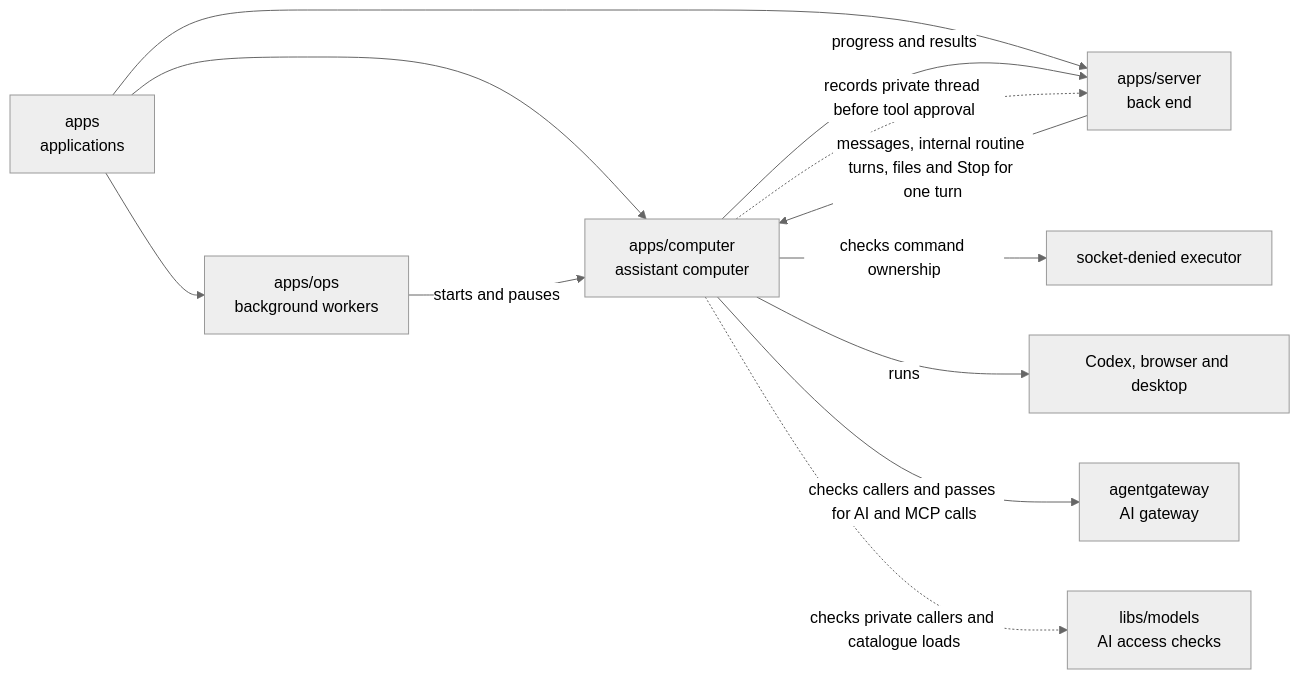
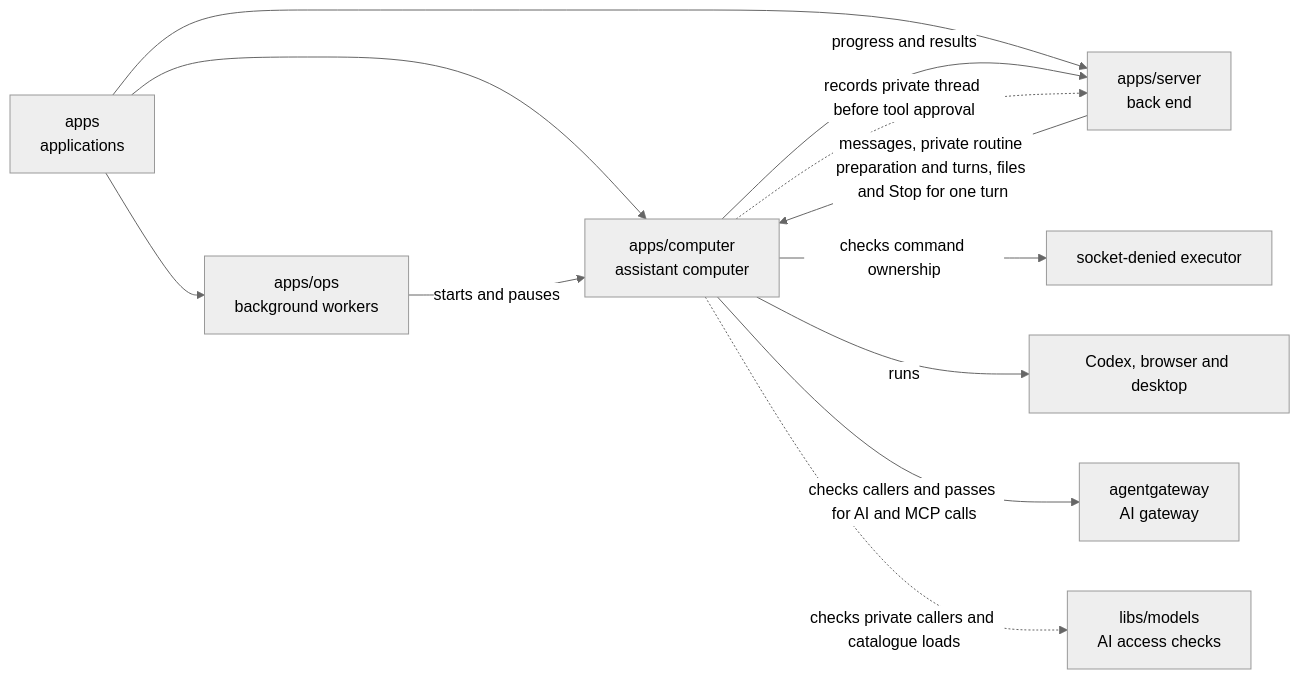
The diagram in apps/computer/README.md (elewa-git/opencrane-new), drawn with Mermaid (neutral theme) before and after one commit. The commit also changed other lines of this file and 16 other files, not shown here.

Commit message:
🔒 Bind routine delivery to its native private thread

````diff
--- a/apps/computer/README.md
+++ b/apps/computer/README.md
@@ -16,14 +16,14 @@
 ```mermaid
 flowchart LR
   apps["apps<br/>applications"] --> computer["apps/computer<br/>assistant computer"]
   apps --> ops["apps/ops<br/>background workers"]
   apps --> server["apps/server<br/>back end"]
   ops -->|starts and pauses| computer
-  server -->|messages, internal routine turns, files and Stop for one turn| computer
+  server -->|messages, private routine preparation and turns, files and Stop for one turn| computer
   computer -->|progress and results| server
   computer -.->|records private thread before tool approval| server
   computer -->|checks command ownership| executor["socket-denied executor"]
   computer -->|runs| desktop["Codex, browser and desktop"]
   computer -->|checks callers and passes for AI and MCP calls| gateway["agentgateway<br/>AI gateway"]
   computer -.->|checks private callers and catalogue loads| models["libs/models<br/>AI access checks"]
 ```
````
